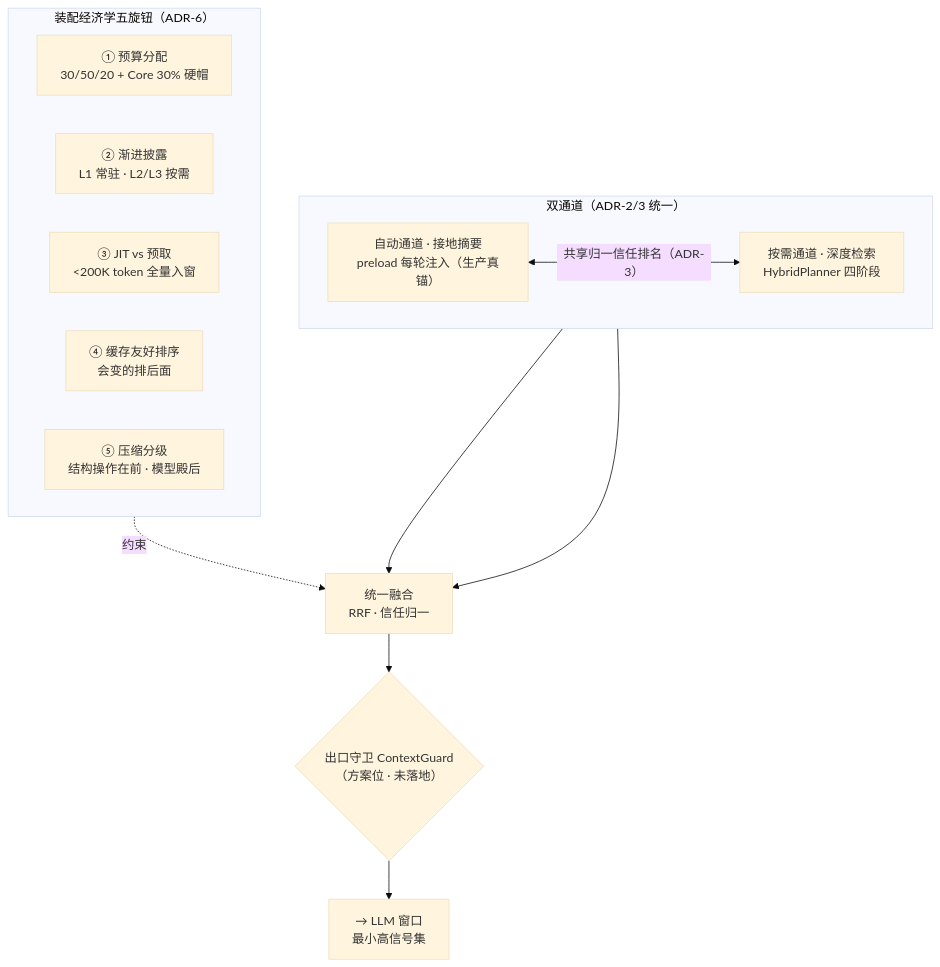
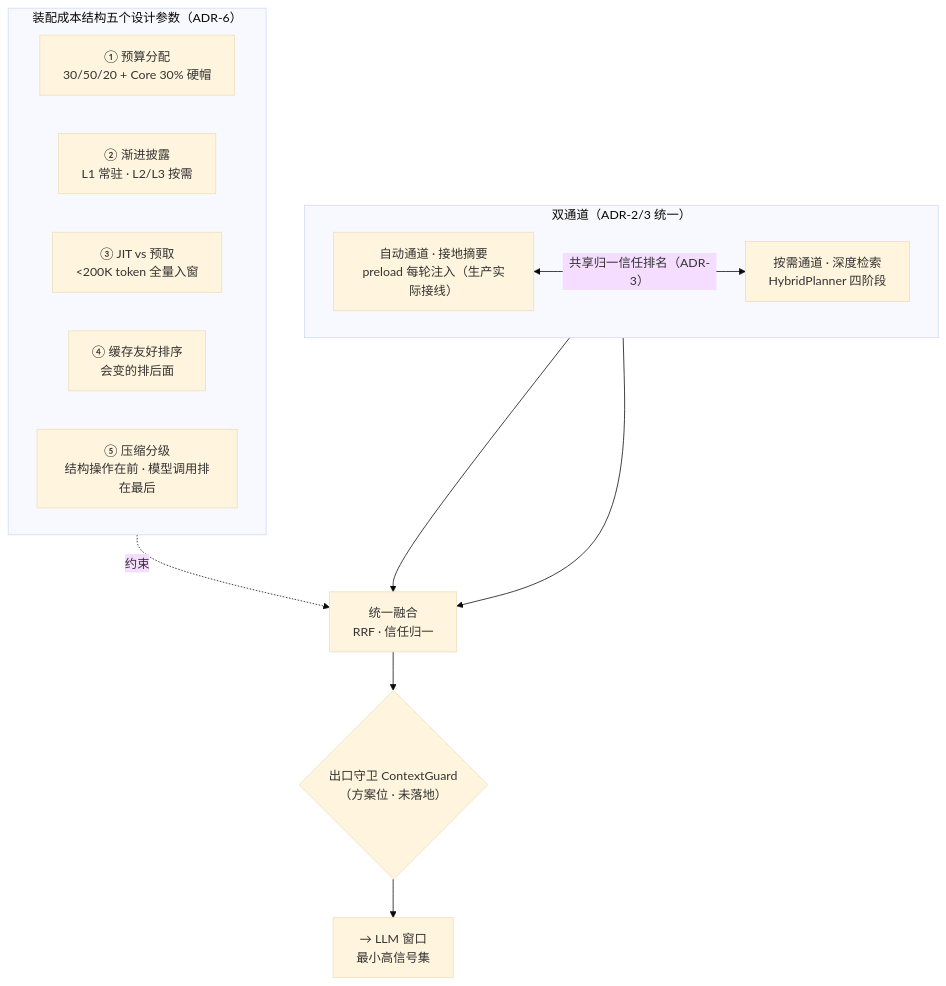
Before and after one commit to ThreeFish-AI/negentropy: the diagram in docs/assets/mermaid/cognitive-context/context-layer--assembly-economics.mmd, drawn with Mermaid (base theme). The commit also changed 111 other files, not shown here.

First line of the commit message:
docs(cognitive-context): 13 张 Context Layer 配图去比喻重渲——candidate 全量入库、节点拓扑坐标零变动;

```diff
--- a/docs/assets/mermaid/cognitive-context/context-layer--assembly-economics.mmd
+++ b/docs/assets/mermaid/cognitive-context/context-layer--assembly-economics.mmd
@@ -1,24 +1,24 @@
 %%source: docs/research/cognitive-context/013-context-layer-blueprint.md §6 装配轴（2026-10-10 重锚：时序四档/预算/缓存/压缩＋宿主更正完整形态；复用图·拓扑未变）
 %%slug: cognitive-context/context-layer--assembly-economics
 %%type: workflow
-%%derived: archify workflow v2, redesigned from v1 assembler-planner（统一激活骨架 → 装配经济学五旋钮+双通道；v1 见 git 史）
+%%derived: archify workflow v2, redesigned from v1 assembler-planner（统一激活入口 → 装配成本结构五个设计参数+双通道；v1 见 git 史）
 flowchart TB
-    subgraph KNOBS["装配经济学五旋钮（ADR-6）"]
+    subgraph KNOBS["装配成本结构五个设计参数（ADR-6）"]
         direction LR
         K1["① 预算分配<br/>30/50/20 + Core 30% 硬帽"]
         K2["② 渐进披露<br/>L1 常驻 · L2/L3 按需"]
         K3["③ JIT vs 预取<br/><200K token 全量入窗"]
         K4["④ 缓存友好排序<br/>会变的排后面"]
-        K5["⑤ 压缩分级<br/>结构操作在前 · 模型殿后"]
+        K5["⑤ 压缩分级<br/>结构操作在前 · 模型调用排在最后"]
     end
     subgraph CHANNELS["双通道（ADR-2/3 统一）"]
         direction LR
-        CH1["自动通道 · 接地摘要<br/>preload 每轮注入（生产真锚）"]
+        CH1["自动通道 · 接地摘要<br/>preload 每轮注入（生产实际接线）"]
         CH2["按需通道 · 深度检索<br/>HybridPlanner 四阶段"]
         CH1 <-->|"共享归一信任排名（ADR-3）"| CH2
     end
     CH1 --> FUSE["统一融合<br/>RRF · 信任归一"]
     CH2 --> FUSE
     FUSE --> GUARD{"出口守卫 ContextGuard<br/>（方案位 · 未落地）"}
     KNOBS -.->|"约束"| FUSE
     GUARD --> LLM["→ LLM 窗口<br/>最小高信号集"]
```
